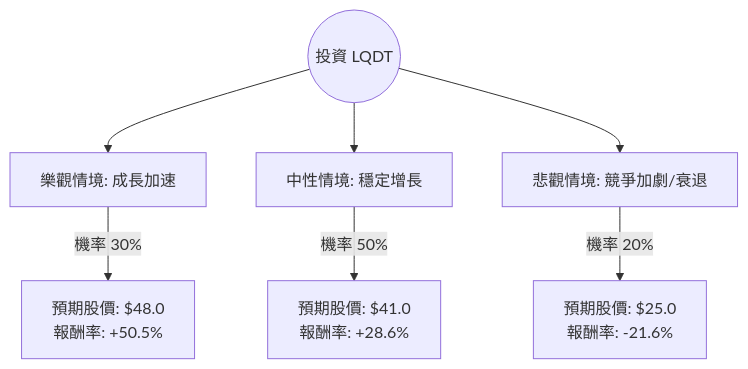
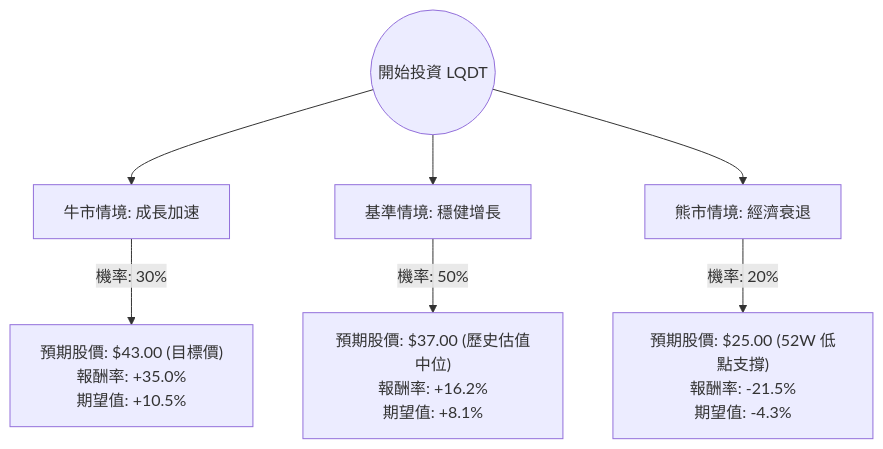
One commit to zmcx16/zmcx16.github.io changed the diagram in plugin-react/ai-analysis/ev-analysis/LQDT.md. Above: the diagram before and after it, drawn with Mermaid. The commit also changed other lines of this file and 80 other files, not shown here.

````diff
--- a/plugin-react/ai-analysis/ev-analysis/LQDT.md
+++ b/plugin-react/ai-analysis/ev-analysis/LQDT.md
@@ -20,10 +19,10 @@
 ```mermaid
 graph TD
-    Start((投資 LQDT)) --> Bull[樂觀情境: 成長加速]
-    Start --> Base[中性情境: 穩定增長]
-    Start --> Bear[悲觀情境: 競爭加劇/衰退]
+    Start((開始投資 LQDT)) --> Bull[牛市情境: 成長加速]
+    Start --> Base[基準情境: 穩健增長]
+    Start --> Bear[熊市情境: 經濟衰退]
 
-    Bull -- "機率 30%" --> BullVal["預期股價: $48.0 <br> 報酬率: +50.5%"]
-    Base -- "機率 50%" --> BaseVal["預期股價: $41.0 <br> 報酬率: +28.6%"]
-    Bear -- "機率 20%" --> BearVal["預期股價: $25.0 <br> 報酬率: -21.6%"]
+    Bull -- "機率: 30%" --> BullVal["預期股價: $43.00 (目標價)<br/>報酬率: +35.0%<br/>期望值: +10.5%"]
+    Base -- "機率: 50%" --> BaseVal["預期股價: $37.00 (歷史估值中位)<br/>報酬率: +16.2%<br/>期望值: +8.1%"]
+    Bear -- "機率: 20%" --> BearVal["預期股價: $25.00 (52W 低點支撐)<br/>報酬率: -21.5%<br/>期望值: -4.3%"]
 ```
````
